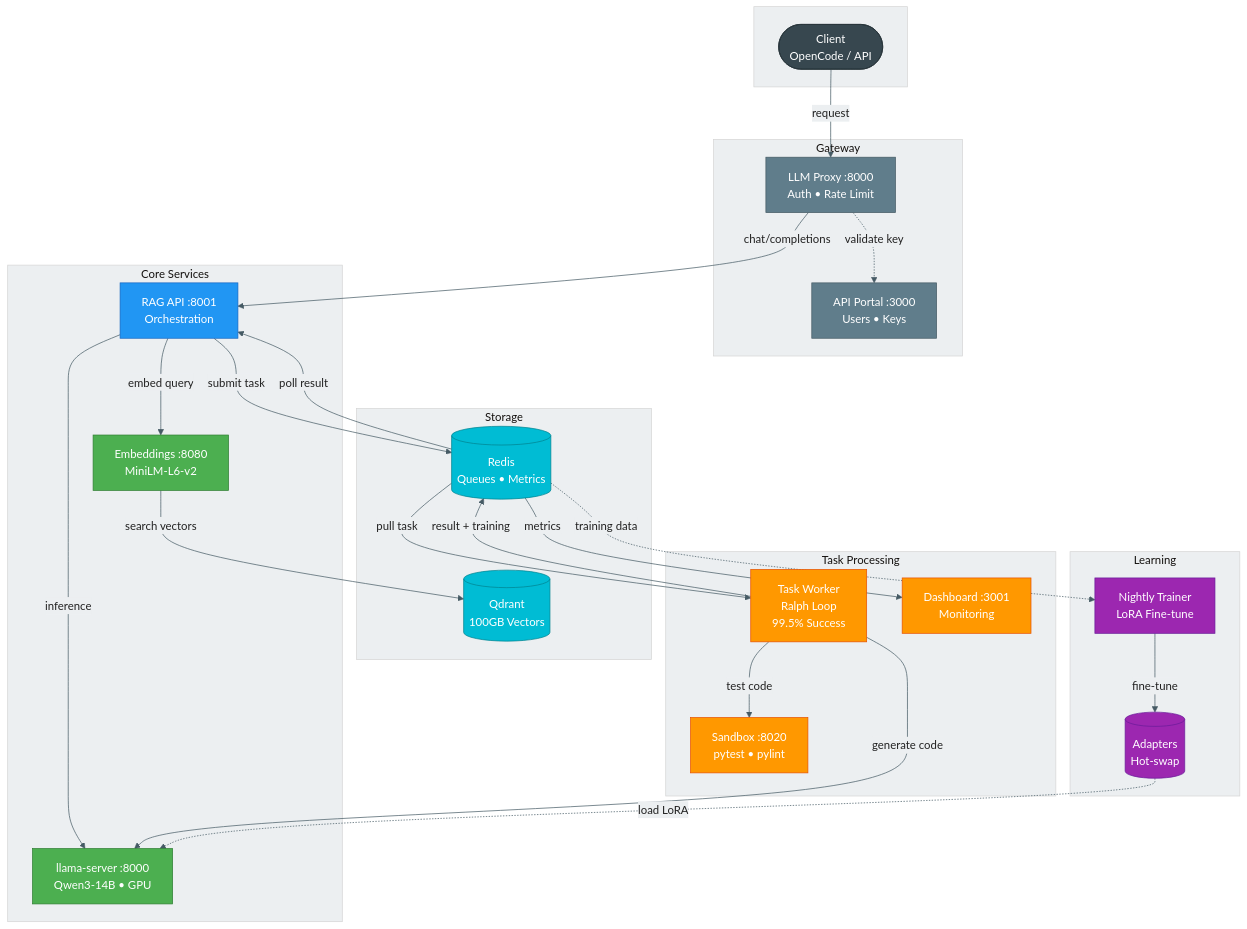
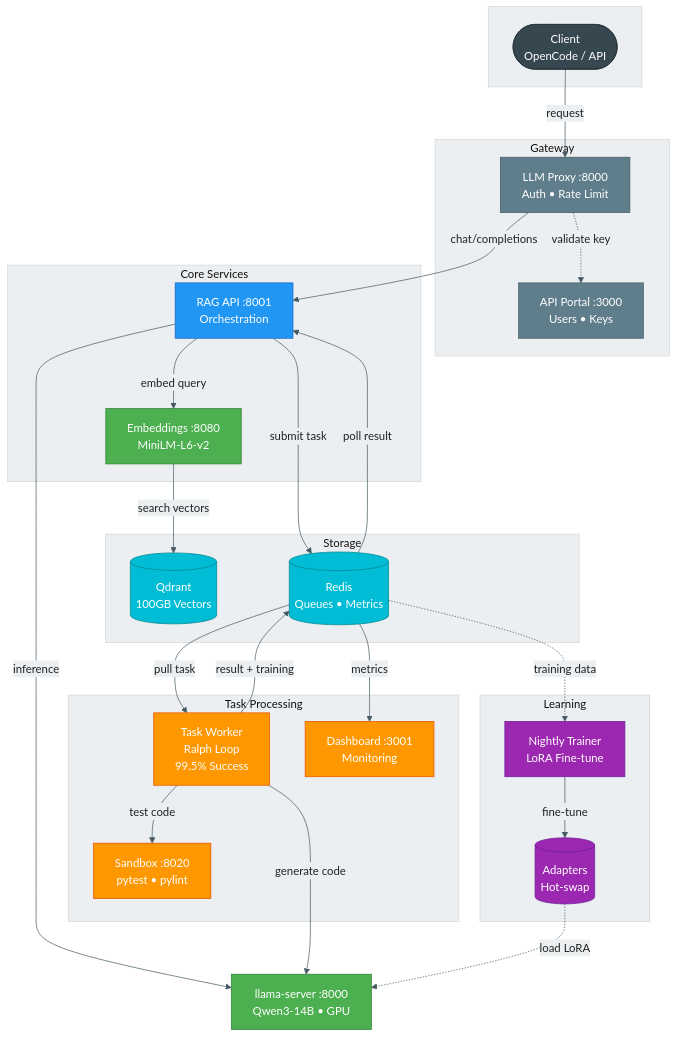
One commit to itigges22/ATLAS changed the diagram in README.md. Above: the diagram before and after it, drawn with Mermaid. The commit also changed 1 other file, not shown here.

Commit message:
docs: More architecture diagram fixes

````diff
--- a/README.md
+++ b/README.md
@@ -38,70 +38,73 @@
 ```mermaid
 %%{init: {'theme': 'base', 'themeVariables': { 'primaryColor': '#2196F3', 'primaryTextColor': '#212121', 'primaryBorderColor': '#1565C0', 'lineColor': '#455A64', 'secondaryColor': '#E3F2FD', 'tertiaryColor': '#ECEFF1', 'edgeLabelBackground': '#ECEFF1'}}}%%
 flowchart TB
     subgraph external[" "]
         client(["Client<br/>OpenCode / API"])
     end
     subgraph gateway["Gateway"]
         proxy["LLM Proxy :8000<br/>Auth • Rate Limit"]
         portal["API Portal :3000<br/>Users • Keys"]
     end
     subgraph core["Core Services"]
         rag["RAG API :8001<br/>Orchestration"]
-        llama["llama-server :8000<br/>Qwen3-14B • GPU"]
         embed["Embeddings :8080<br/>MiniLM-L6-v2"]
     end
+
+    %% Central inference engine - outside subgraphs for central positioning
+    llama["llama-server :8000<br/>Qwen3-14B • GPU"]
+
     subgraph data["Storage"]
         qdrant[("Qdrant<br/>100GB Vectors")]
         redis[("Redis<br/>Queues • Metrics")]
     end
     subgraph atlas["Task Processing"]
         worker["Task Worker<br/>Ralph Loop<br/>99.5% Success"]
         sandbox["Sandbox :8020<br/>pytest • pylint"]
         dash["Dashboard :3001<br/>Monitoring"]
     end
     subgraph learn["Learning"]
         trainer["Nightly Trainer<br/>LoRA Fine-tune"]
         lora[("Adapters<br/>Hot-swap")]
     end
     %% Gateway flow
     client -->|"request"| proxy
     proxy -.->|"validate key"| portal
     proxy -->|"chat/completions"| rag
 
     %% RAG API calls llama-server for inference
     rag -->|"inference"| llama
     rag -->|"embed query"| embed
     embed -->|"search vectors"| qdrant
 
     %% Task submission to Redis
     rag -->|"submit task"| redis
     redis -->|"poll result"| rag
 
     %% Ralph Loop: Task Worker flow
     redis -->|"pull task"| worker
     worker -->|"generate code"| llama
     worker -->|"test code"| sandbox
     worker -->|"result + training"| redis
 
     %% Monitoring
     redis -->|"metrics"| dash
 
     %% Learning pipeline
     redis -.->|"training data"| trainer
     trainer -->|"fine-tune"| lora
     lora -.->|"load LoRA"| llama
     classDef client fill:#37474F,stroke:#263238,color:#fff
     classDef gateway fill:#607D8B,stroke:#455A64,color:#fff
     classDef core fill:#2196F3,stroke:#1565C0,color:#fff
     classDef gpu fill:#4CAF50,stroke:#2E7D32,color:#fff
     classDef storage fill:#00BCD4,stroke:#00838F,color:#fff
     classDef process fill:#FF9800,stroke:#E65100,color:#fff
     classDef learn fill:#9C27B0,stroke:#6A1B9A,color:#fff
     class client client
     class proxy,portal gateway
     class rag core
     class llama,embed gpu
     class qdrant,redis storage
     class worker,sandbox,dash process
     class trainer,lora learn
 ```
````
